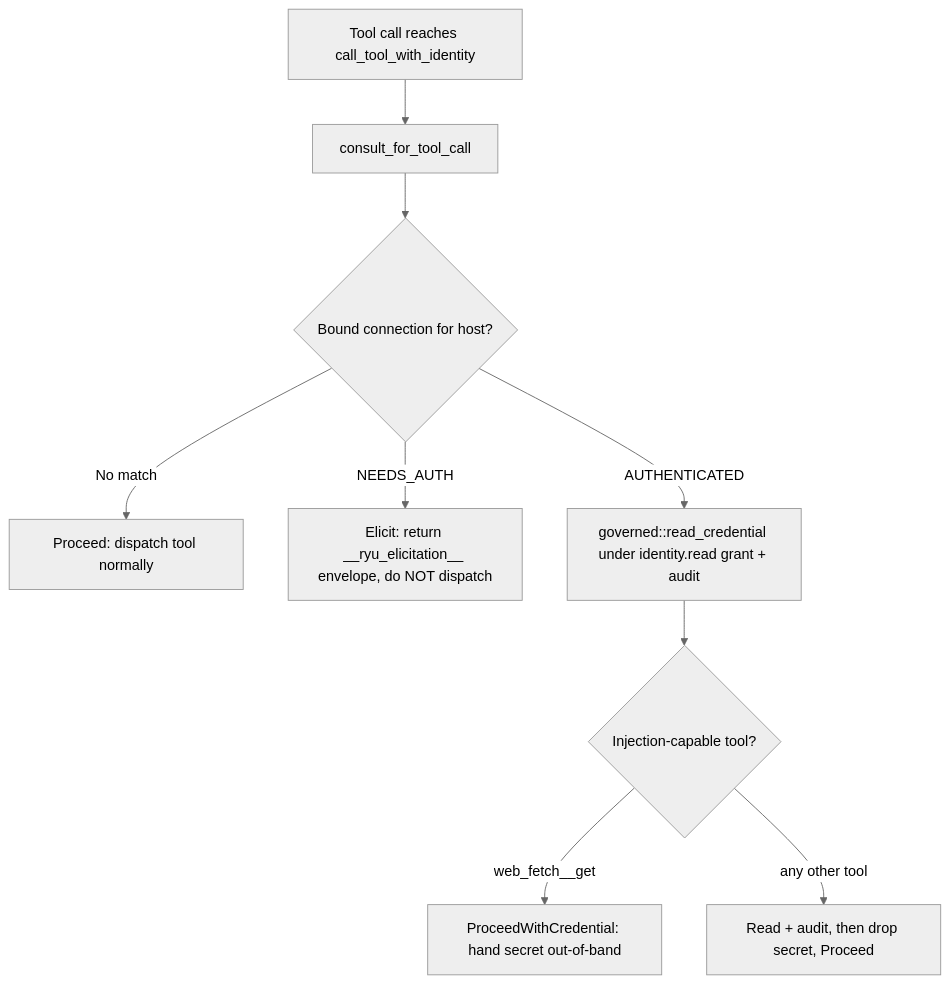
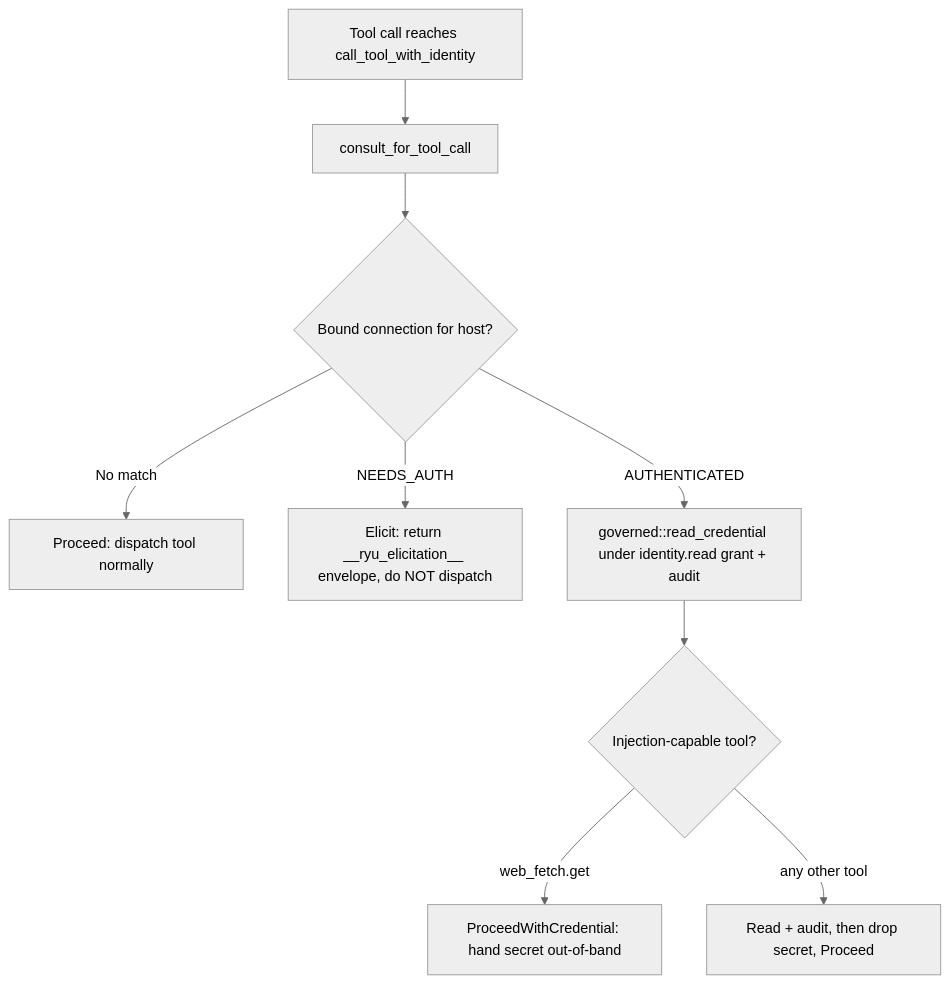
Before and after one commit to amajorai/ryu-docs: the diagram in content/docs/core/identity-vault.mdx, drawn with Mermaid (neutral theme). The commit also changed other lines of this file and 317 other files, not shown here.

````diff
--- a/content/docs/core/identity-vault.mdx
+++ b/content/docs/core/identity-vault.mdx
@@ -94,11 +94,11 @@
 ```mermaid
 flowchart TD
   A[Tool call reaches call_tool_with_identity] --> B[consult_for_tool_call]
   B --> C{Bound connection for host?}
   C -->|No match| P[Proceed: dispatch tool normally]
   C -->|NEEDS_AUTH| E[Elicit: return __ryu_elicitation__ envelope, do NOT dispatch]
   C -->|AUTHENTICATED| R[governed::read_credential under identity.read grant + audit]
   R --> Q{Injection-capable tool?}
-  Q -->|web_fetch__get| W[ProceedWithCredential: hand secret out-of-band]
+  Q -->|web_fetch.get| W[ProceedWithCredential: hand secret out-of-band]
   Q -->|any other tool| D[Read + audit, then drop secret, Proceed]
 ```
````
